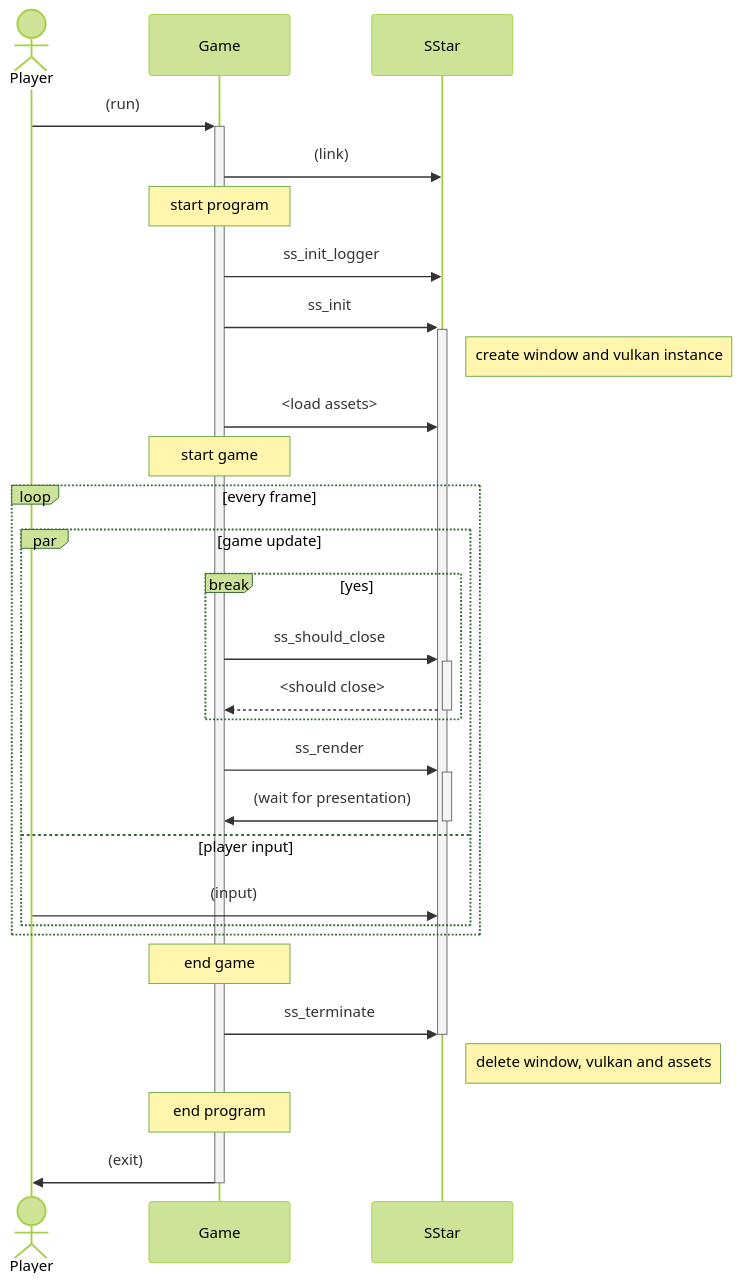
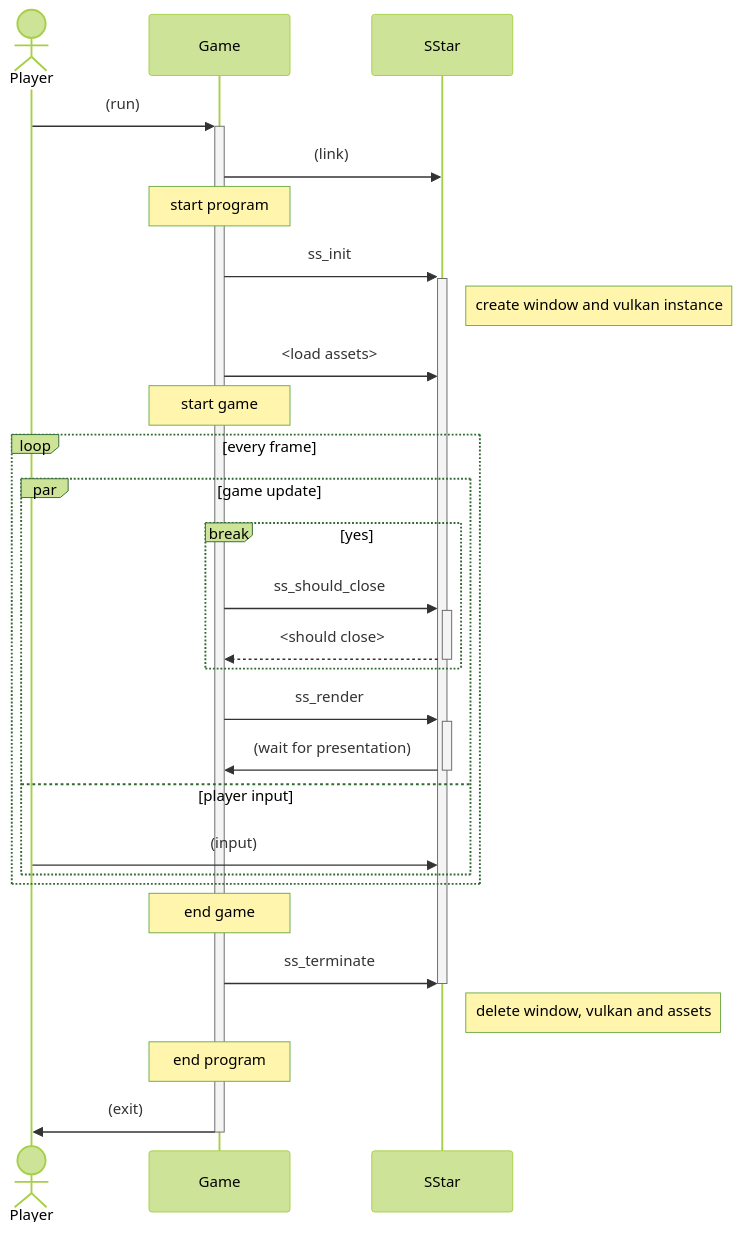
One commit to Tengu712/shooting-star changed the diagram in docs/usage.md. Above: the diagram before and after it, drawn with Mermaid. The commit also changed 9 other files, not shown here.

Commit message:
refactor: remove ss_init_logger and load_image_texture_from_file

````diff
--- a/docs/usage.md
+++ b/docs/usage.md
@@ -18,41 +18,40 @@
 ```mermaid
 sequenceDiagram
     %%{init:{'theme':'forest'}}%%
 
     actor Player
 
     Player->>+Game: (run)
     Game->>SStar: (link)
 
     Note over Game: start program
 
-    Game->>SStar: ss_init_logger
     Game->>+SStar: ss_init
     Note right of SStar: create window and vulkan instance
 
     Game->>SStar: <load assets>
 
     Note over Game: start game
 
     loop every frame
         par game update
             break yes
                 Game->>+SStar: ss_should_close
                 SStar-->>-Game: <should close>
             end
             Game->>+SStar: ss_render
             SStar->>-Game: (wait for presentation)
         and player input
             Player->>SStar: (input)
         end
     end
 
     Note over Game: end game
 
     Game->>SStar: ss_terminate
     deactivate SStar
     Note right of SStar: delete window, vulkan and assets
 
     Note over Game: end program
     Game->>-Player: (exit)
 ```
````
